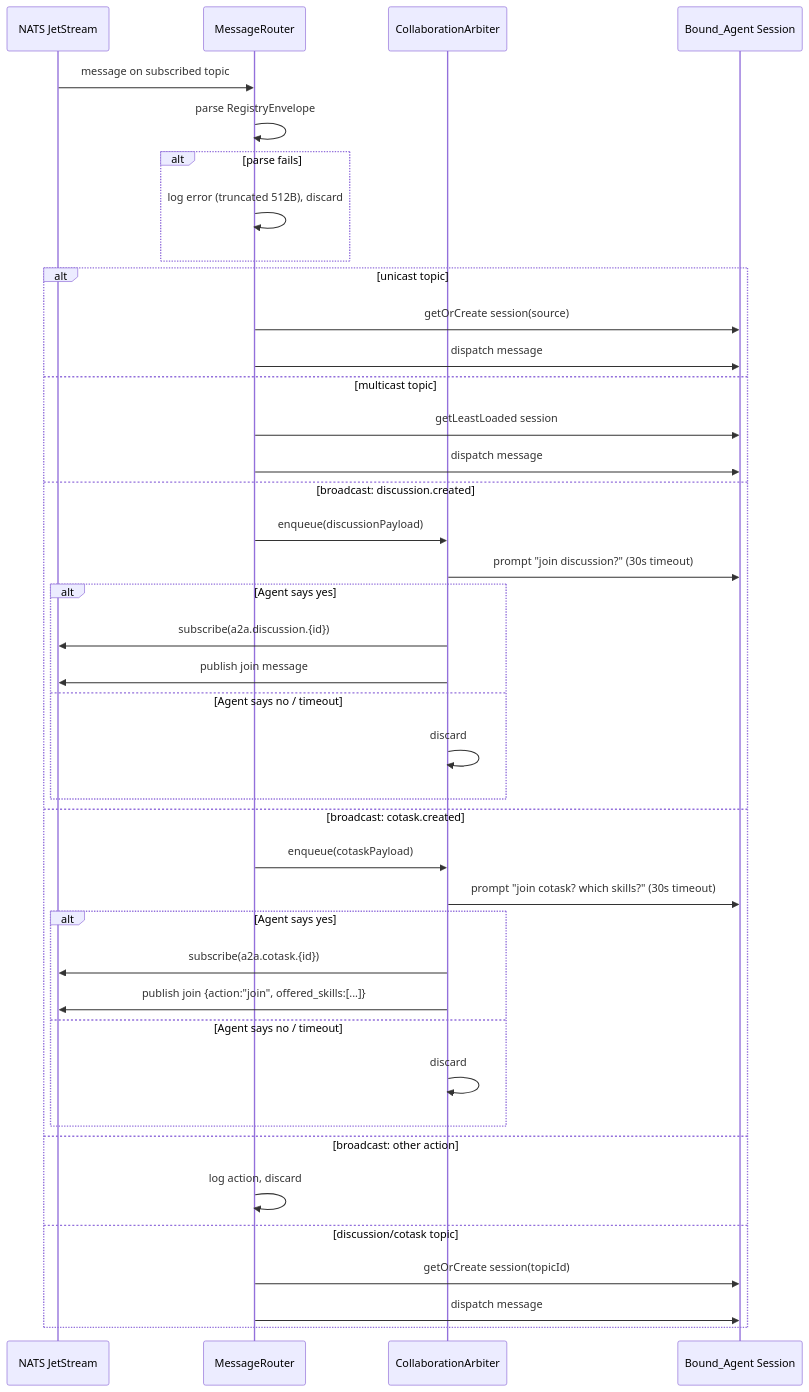
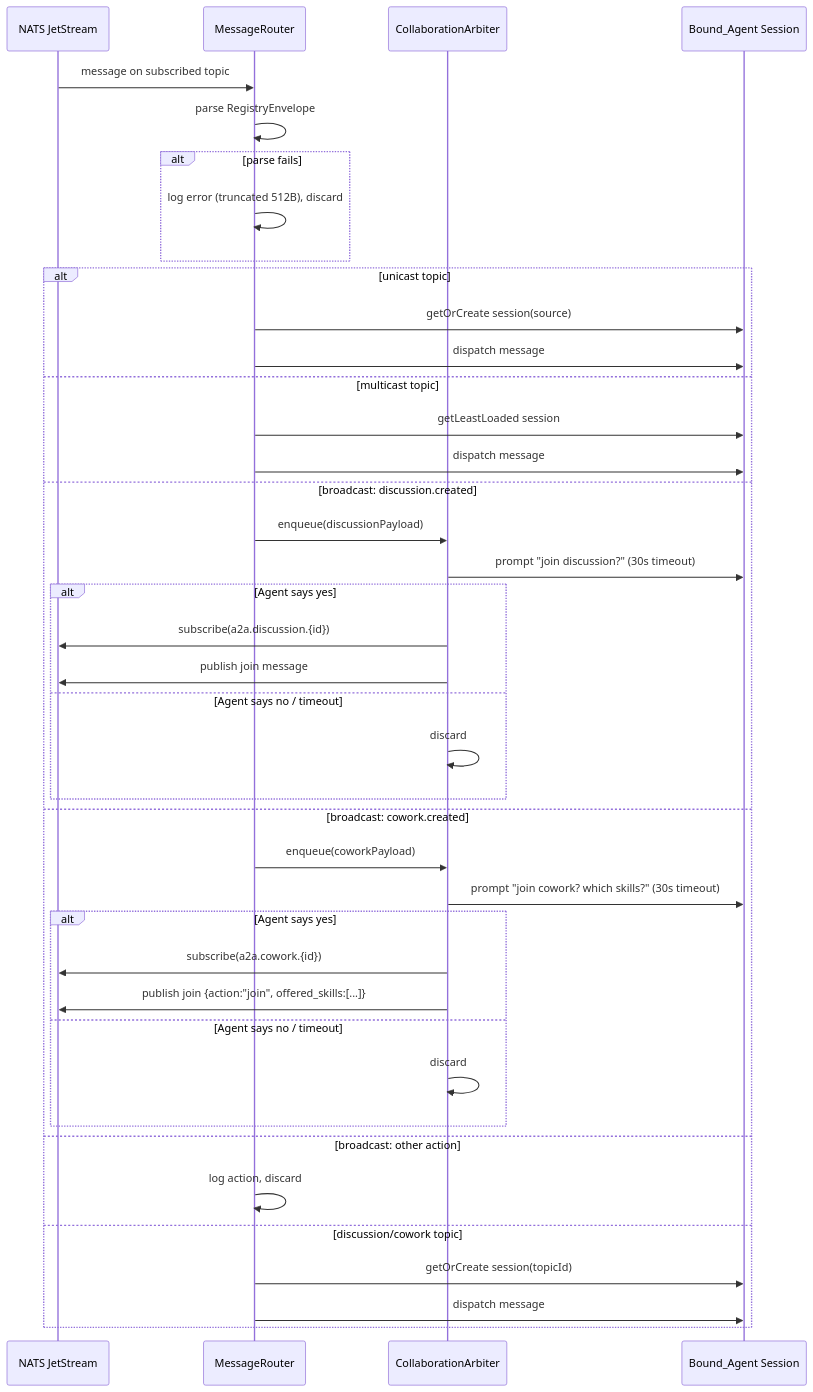
One commit to iaie-hub/AieClaw changed the fourth of 7 diagrams in .kiro/specs/agent-registry-channel/design.md. Above: the diagram before and after it, drawn with Mermaid. The commit also changed other lines of this file and 46 other files, not shown here.

````diff
--- a/.kiro/specs/agent-registry-channel/design.md
+++ b/.kiro/specs/agent-registry-channel/design.md
@@ -455,44 +457,44 @@
 ```mermaid
 sequenceDiagram
     participant NATS as NATS JetStream
     participant Router as MessageRouter
     participant Arbiter as CollaborationArbiter
     participant Agent as Bound_Agent Session
 
     NATS->>Router: message on subscribed topic
     Router->>Router: parse RegistryEnvelope
     alt parse fails
         Router->>Router: log error (truncated 512B), discard
     end
 
     alt unicast topic
         Router->>Agent: getOrCreate session(source)
         Router->>Agent: dispatch message
     else multicast topic
         Router->>Agent: getLeastLoaded session
         Router->>Agent: dispatch message
     else broadcast: discussion.created
         Router->>Arbiter: enqueue(discussionPayload)
         Arbiter->>Agent: prompt "join discussion?" (30s timeout)
         alt Agent says yes
             Arbiter->>NATS: subscribe(a2a.discussion.{id})
             Arbiter->>NATS: publish join message
         else Agent says no / timeout
             Arbiter->>Arbiter: discard
         end
-    else broadcast: cotask.created
-        Router->>Arbiter: enqueue(cotaskPayload)
-        Arbiter->>Agent: prompt "join cotask? which skills?" (30s timeout)
+    else broadcast: cowork.created
+        Router->>Arbiter: enqueue(coworkPayload)
+        Arbiter->>Agent: prompt "join cowork? which skills?" (30s timeout)
         alt Agent says yes
-            Arbiter->>NATS: subscribe(a2a.cotask.{id})
+            Arbiter->>NATS: subscribe(a2a.cowork.{id})
             Arbiter->>NATS: publish join {action:"join", offered_skills:[...]}
         else Agent says no / timeout
             Arbiter->>Arbiter: discard
         end
     else broadcast: other action
         Router->>Router: log action, discard
-    else discussion/cotask topic
+    else discussion/cowork topic
         Router->>Agent: getOrCreate session(topicId)
         Router->>Agent: dispatch message
     end
 ```
````
